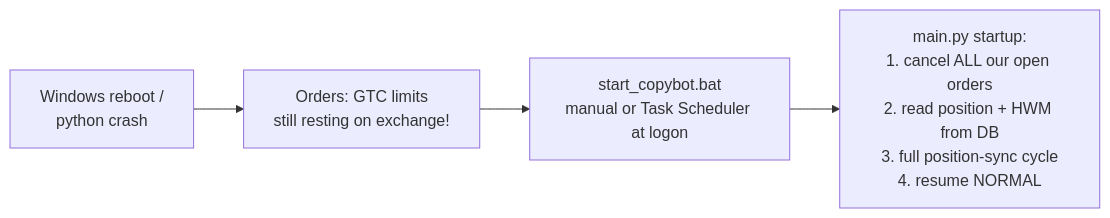
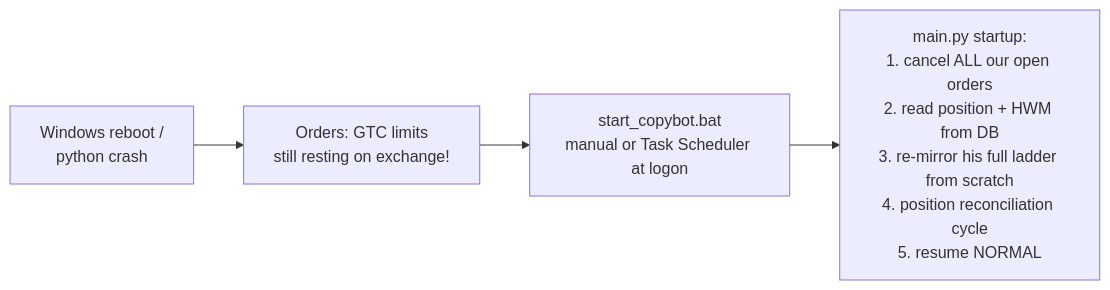
Before and after one commit to bankkomin/hyperliquid-copybot: the sixth of 6 diagrams in PRD.md, drawn with Mermaid. The commit also changed other lines of this file, not shown here.

Commit message:
docs: PRD v3 — full mirror: copy leader's order ladder, sizing proportions, margin config and risk profile

````diff
--- a/PRD.md
+++ b/PRD.md
@@ -547,6 +566,6 @@
 ```mermaid
 flowchart LR
     A[Windows reboot /<br/>python crash] --> B[Orders: GTC limits<br/>still resting on exchange!]
     B --> C[start_copybot.bat<br/>manual or Task Scheduler at logon]
-    C --> D[main.py startup:<br/>1. cancel ALL our open orders<br/>2. read position + HWM from DB<br/>3. full position-sync cycle<br/>4. resume NORMAL]
+    C --> D[main.py startup:<br/>1. cancel ALL our open orders<br/>2. read position + HWM from DB<br/>3. re-mirror his full ladder from scratch<br/>4. position reconciliation cycle<br/>5. resume NORMAL]
 ```
````
